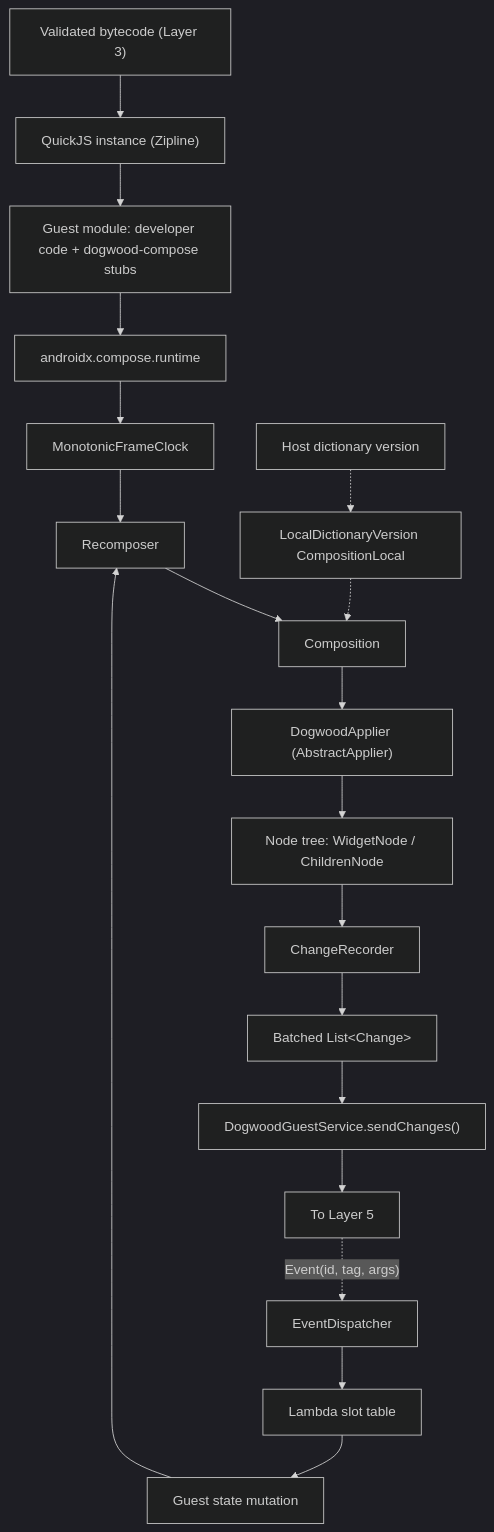
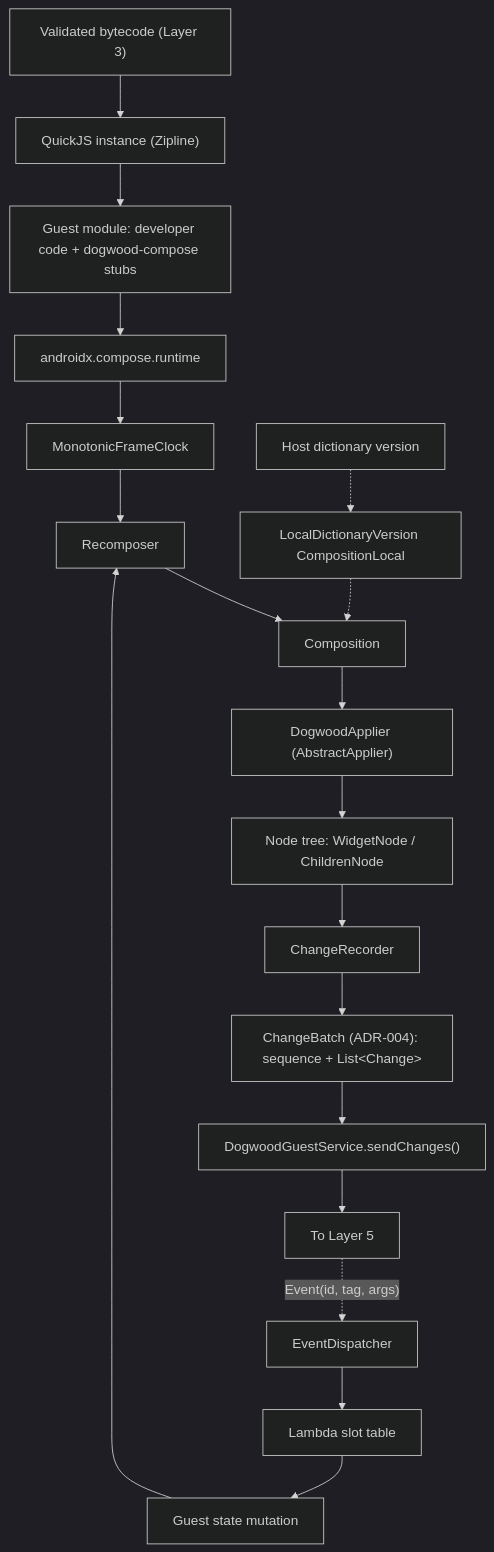
One commit to teegarcs/dogwood changed the diagram in specs/layer-4-sandbox.md. Above: the diagram before and after it, drawn with Mermaid (dark theme). The commit also changed other lines of this file and 18 other files, not shown here.

````diff
--- a/specs/layer-4-sandbox.md
+++ b/specs/layer-4-sandbox.md
@@ -31,27 +31,27 @@
 ```mermaid
 flowchart TD
     Bytes["Validated bytecode (Layer 3)"] --> QJS["QuickJS instance (Zipline)"]
 
     QJS --> Guest["Guest module: developer code + dogwood-compose stubs"]
     Guest --> Runtime["androidx.compose.runtime"]
 
     Runtime --> Clock["MonotonicFrameClock"]
     Clock --> Recomposer["Recomposer"]
     Recomposer --> Composition["Composition"]
 
     Composition --> Applier["DogwoodApplier (AbstractApplier)"]
     Applier --> Tree["Node tree: WidgetNode / ChildrenNode"]
 
     Tree --> Recorder["ChangeRecorder"]
-    Recorder --> Batch["Batched List&lt;Change&gt;"]
+    Recorder --> Batch["ChangeBatch (ADR-004): sequence + List&lt;Change&gt;"]
     Batch --> Egress["DogwoodGuestService.sendChanges()"]
     Egress --> L5["To Layer 5"]
 
     L5 -.->|"Event(id, tag, args)"| Ingress["EventDispatcher"]
     Ingress --> Slots["Lambda slot table"]
     Slots --> State["Guest state mutation"]
     State --> Recomposer
 
     HostVer["Host dictionary version"] -.-> LocalVer["LocalDictionaryVersion CompositionLocal"]
     LocalVer -.-> Composition
 ```
````
